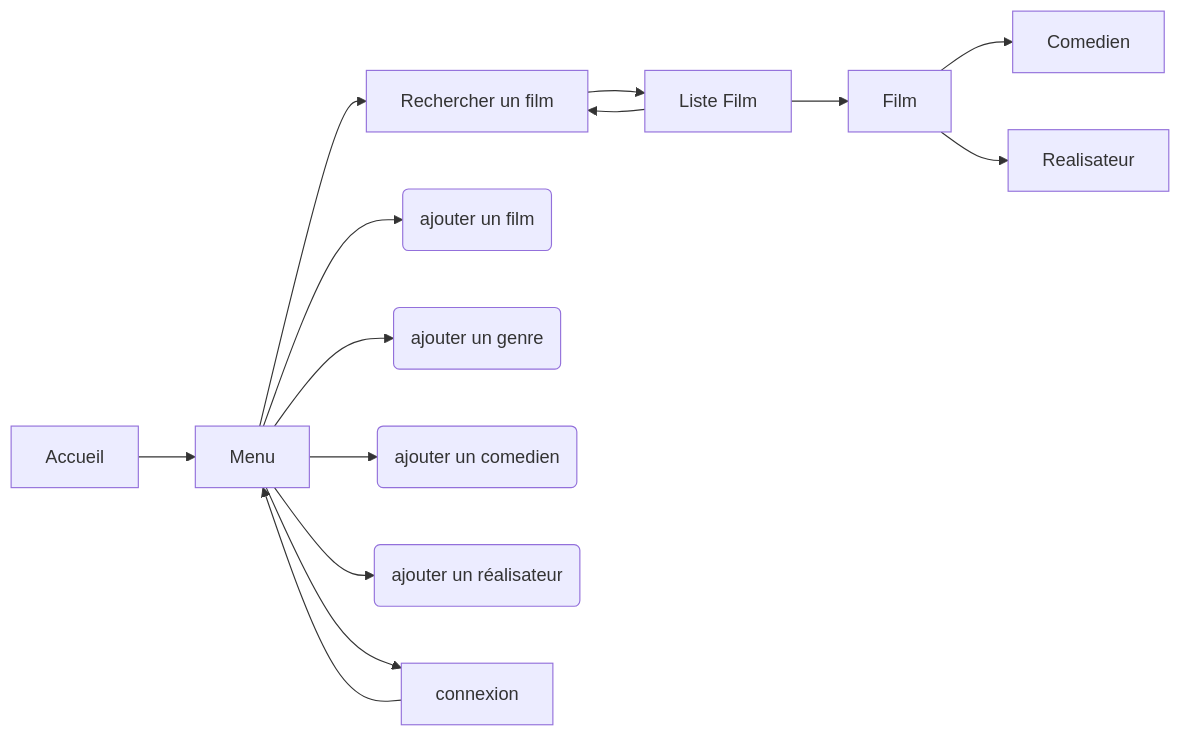
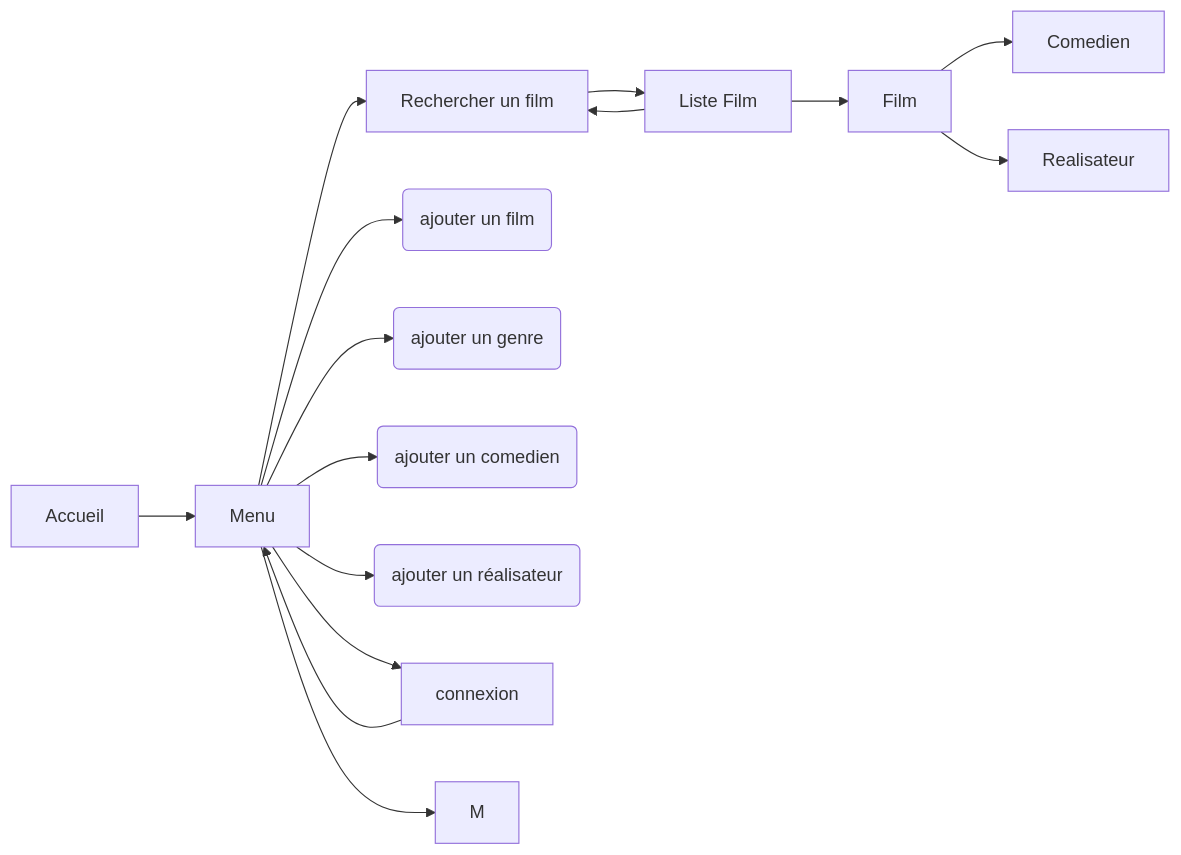
One commit to Remynder0/cours_BUT_24-25 changed the first of 3 diagrams in README.md. Above: the diagram before and after it, drawn with Mermaid. The commit also changed other lines of this file, not shown here.

````diff
--- a/README.md
+++ b/README.md
@@ -120,27 +120,31 @@
 ```mermaid
 graph LR
 
 A[Accueil]
 B[Film]
 C[Rechercher un film]
 D[Liste Film] 
 E[Menu]
 J[Comedien]
 F(ajouter un film)
 G(ajouter un genre) 
 H(ajouter un comedien) 
 I(ajouter un réalisateur)
 K[connexion]
 L[Realisateur]
 
 A --> E --> C --> D --> B --> J
 B --> L
 D --> C
 E --> F
 E --> G
 E --> H
 E --> I
 E --> K
+E --> M 
 K --> E
 
+
+
+
 ```
````
